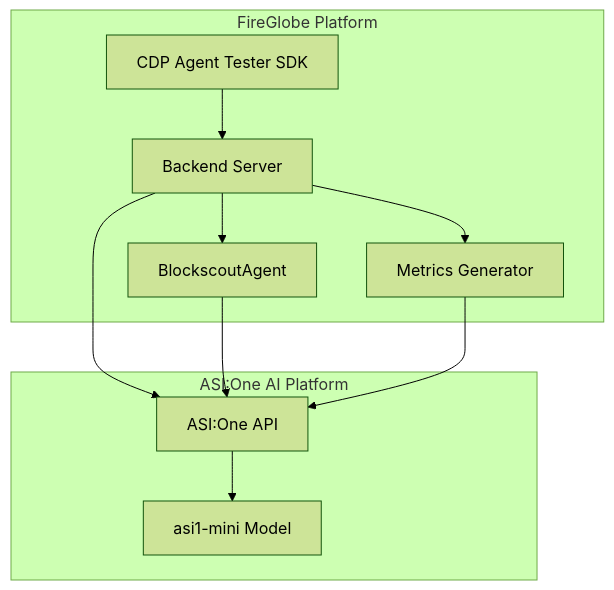
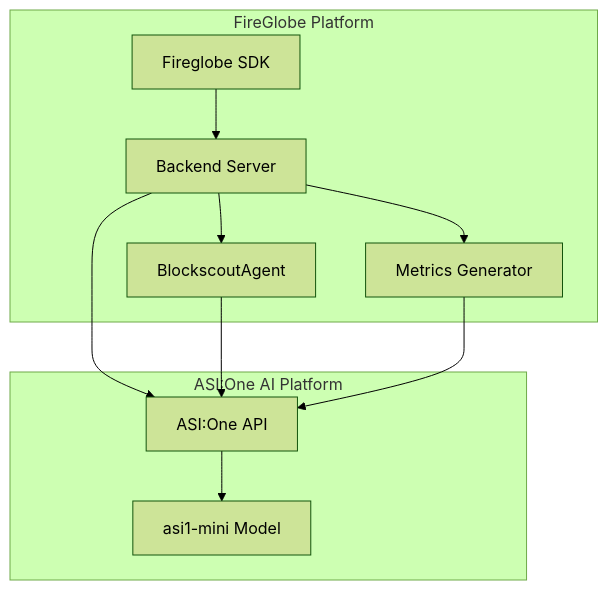
The first of 3 diagrams in SDK/backend/ASI.md (Marshal-AM/fireglobe), drawn with Mermaid (forest theme) before and after one commit.

````diff
--- a/SDK/backend/ASI.md
+++ b/SDK/backend/ASI.md
@@ -49,24 +49,24 @@
 ```mermaid
 graph TB
     subgraph "FireGlobe Platform"
-        SDK[CDP Agent Tester SDK]
+        SDK[Fireglobe SDK]
         Backend[Backend Server]
         BlockscoutAgent[BlockscoutAgent]
         MetricsGen[Metrics Generator]
     end
     
     subgraph "ASI:One AI Platform"
         ASI_API[ASI:One API]
         ASI_MODEL[asi1-mini Model]
     end
     
     SDK --> Backend
     Backend --> ASI_API
     BlockscoutAgent --> ASI_API
     MetricsGen --> ASI_API
     
     ASI_API --> ASI_MODEL
     
     Backend --> BlockscoutAgent
     Backend --> MetricsGen
 ```
````
